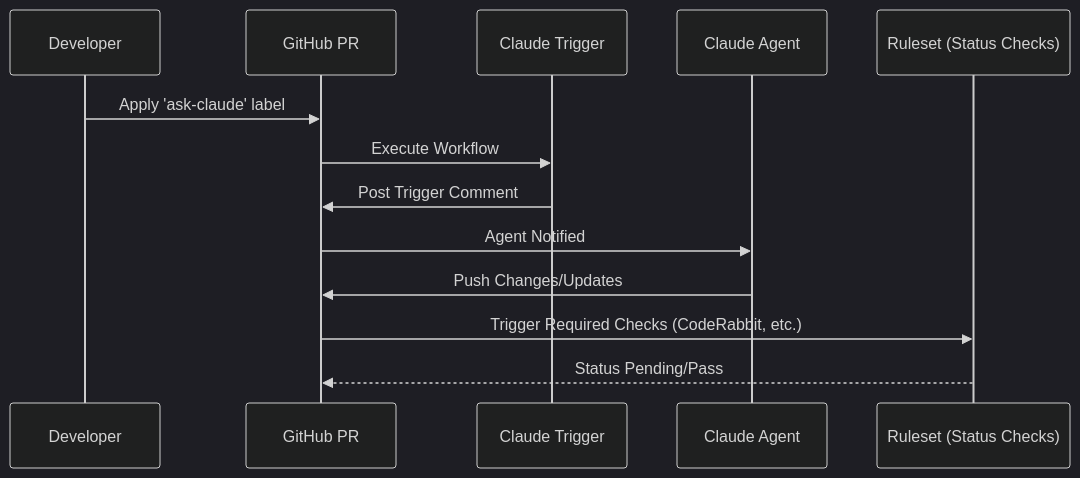
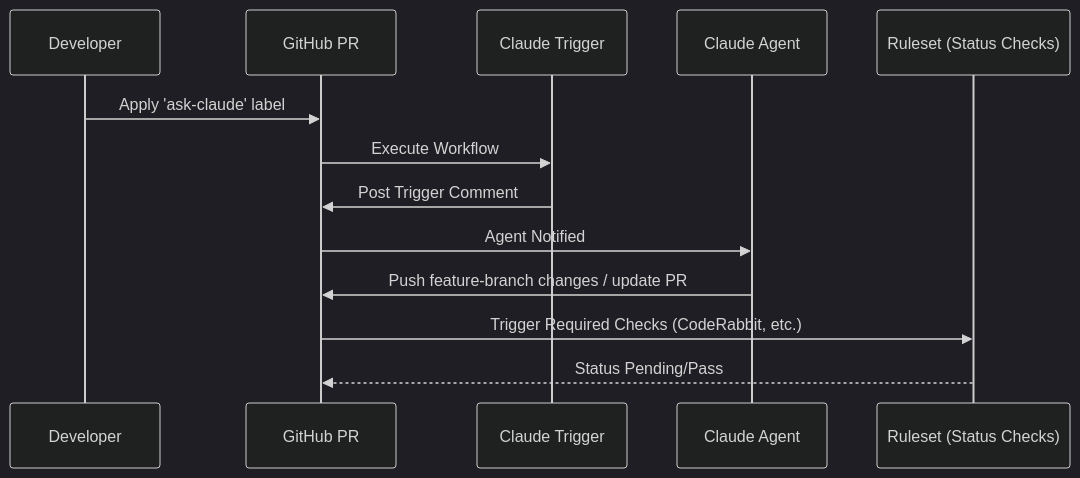
One commit to blixten85/repo-standard changed the second of 2 diagrams in .cubic/wiki/05-section-model-integration/03-page-claude-assign-trigger.md. Above: the diagram before and after it, drawn with Mermaid (dark theme). The commit also changed other lines of this file and 18 other files, not shown here.

````diff
--- a/.cubic/wiki/05-section-model-integration/03-page-claude-assign-trigger.md
+++ b/.cubic/wiki/05-section-model-integration/03-page-claude-assign-trigger.md
@@ -76,16 +76,16 @@
 ```mermaid
 sequenceDiagram
     participant Dev as Developer
     participant Git as GitHub PR
     participant Trig as Claude Trigger
     participant AI as Claude Agent
     participant RS as Ruleset (Status Checks)
 
     Dev->>Git: Apply 'ask-claude' label
     Git->>Trig: Execute Workflow
     Trig->>Git: Post Trigger Comment
     Git->>AI: Agent Notified
-    AI->>Git: Push Changes/Updates
+    AI->>Git: Push feature-branch changes / update PR
     Git->>RS: Trigger Required Checks (CodeRabbit, etc.)
     RS-->>Git: Status Pending/Pass
 ```
````
